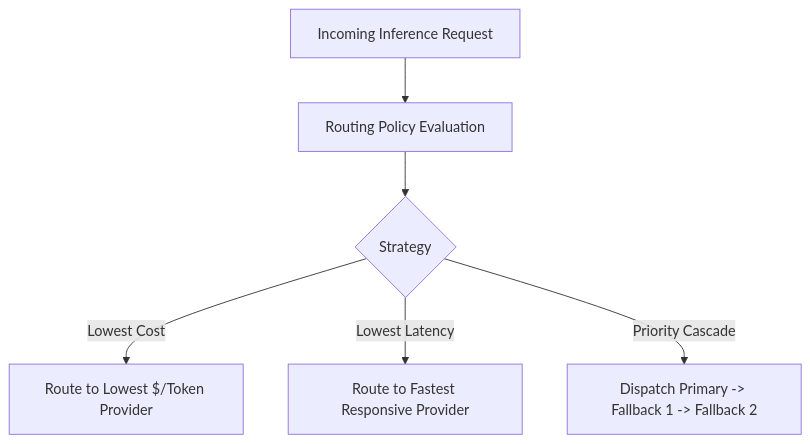
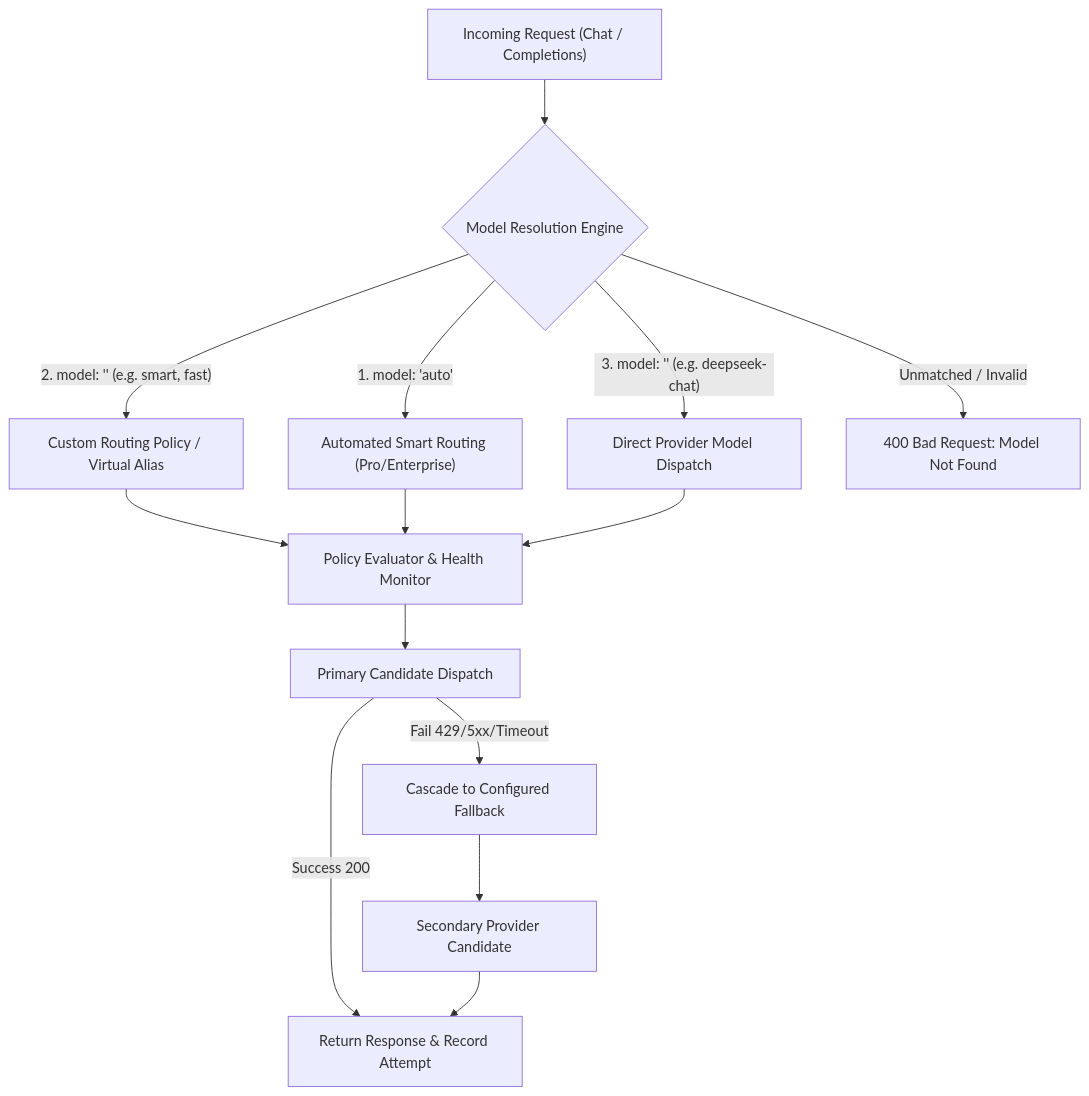
Before and after one commit to bhakha-services/naagmani-docs: the diagram in docs/concepts/routing.md, drawn with Mermaid. The commit also changed other lines of this file and 4 other files, not shown here.

Commit message:
docs: add comprehensive documentation for error handling, model concepts, and routing policies

````diff
--- a/docs/concepts/routing.md
+++ b/docs/concepts/routing.md
@@ -5,8 +5,18 @@
 ```mermaid
 graph TD
-    Req["Incoming Inference Request"] --> Policy["Routing Policy Evaluation"]
-    Policy --> Strat{"Strategy"}
-    Strat -->|Lowest Cost| CostRoute["Route to Lowest $/Token Provider"]
-    Strat -->|Lowest Latency| LatRoute["Route to Fastest Responsive Provider"]
-    Strat -->|Priority Cascade| PriRoute["Dispatch Primary -> Fallback 1 -> Fallback 2"]
+    Req["Incoming Request (Chat / Completions)"] --> Resolve{"Model Resolution Engine"}
+    Resolve -->|"1. model: 'auto'"| AutoRoute["Automated Smart Routing (Pro/Enterprise)"]
+    Resolve -->|"2. model: '<policy_name>' (e.g. smart, fast)"| PolicyRoute["Custom Routing Policy / Virtual Alias"]
+    Resolve -->|"3. model: '<concrete_id>' (e.g. deepseek-chat)"| DirectRoute["Direct Provider Model Dispatch"]
+    Resolve -->|"Unmatched / Invalid"| Err["400 Bad Request: Model Not Found"]
+
+    PolicyRoute --> Exec["Policy Evaluator & Health Monitor"]
+    AutoRoute --> Exec
+    DirectRoute --> Exec
+
+    Exec --> Primary["Primary Candidate Dispatch"]
+    Primary -->|Success 200| Done["Return Response & Record Attempt"]
+    Primary -->|Fail 429/5xx/Timeout| Failover["Cascade to Configured Fallback"]
+    Failover --> Secondary["Secondary Provider Candidate"]
+    Secondary --> Done
 ```
````
